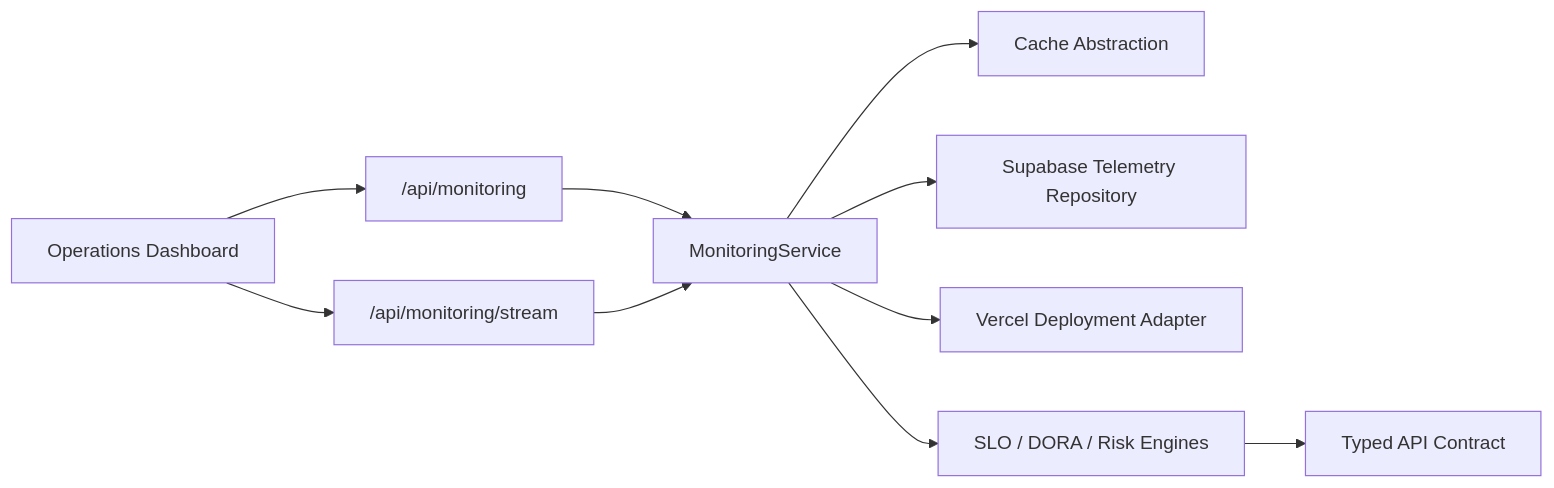
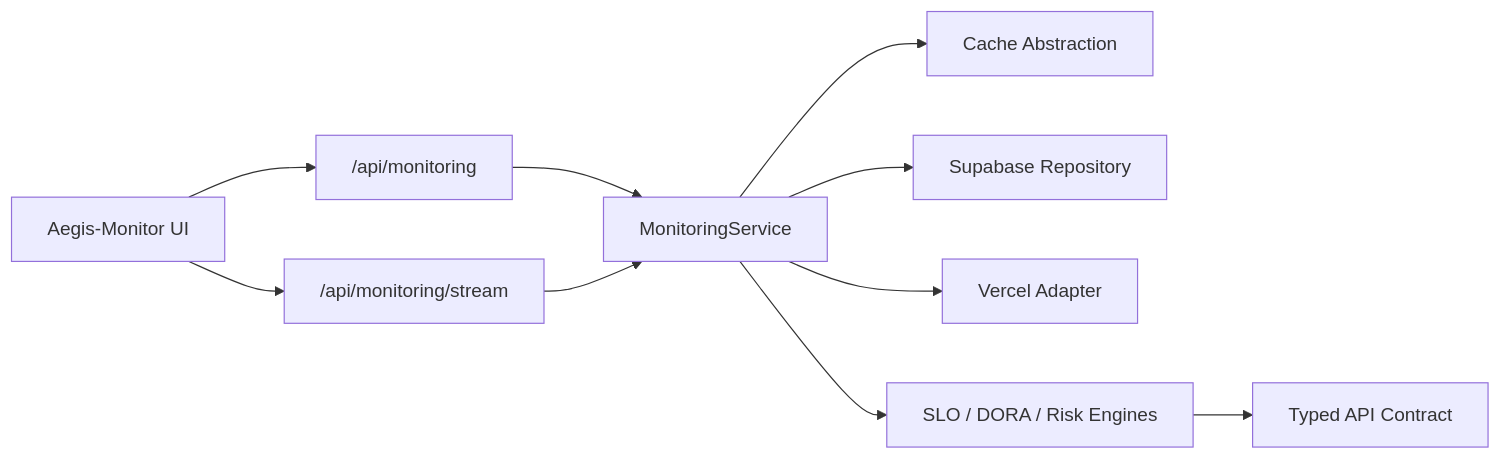
Before and after one commit to obone410/Aegis-Monitor: the first of 3 diagrams in README.md, drawn with Mermaid. The commit also changed other lines of this file and 9 other files, not shown here.

Commit message:
chore: rename project to Aegis-Monitor

````diff
--- a/README.md
+++ b/README.md
@@ -26,12 +28,12 @@
 ```mermaid
 flowchart LR
-  UI["Operations Dashboard"] --> API["/api/monitoring"]
+  UI["Aegis-Monitor UI"] --> API["/api/monitoring"]
   UI --> SSE["/api/monitoring/stream"]
   API --> Service["MonitoringService"]
   SSE --> Service
   Service --> Cache["Cache Abstraction"]
-  Service --> Supabase["Supabase Telemetry Repository"]
-  Service --> Vercel["Vercel Deployment Adapter"]
+  Service --> Supabase["Supabase Repository"]
+  Service --> Vercel["Vercel Adapter"]
   Service --> Analytics["SLO / DORA / Risk Engines"]
   Analytics --> Contract["Typed API Contract"]
 ```
````
